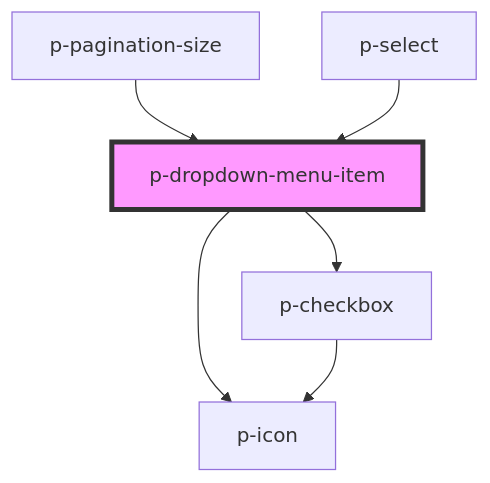
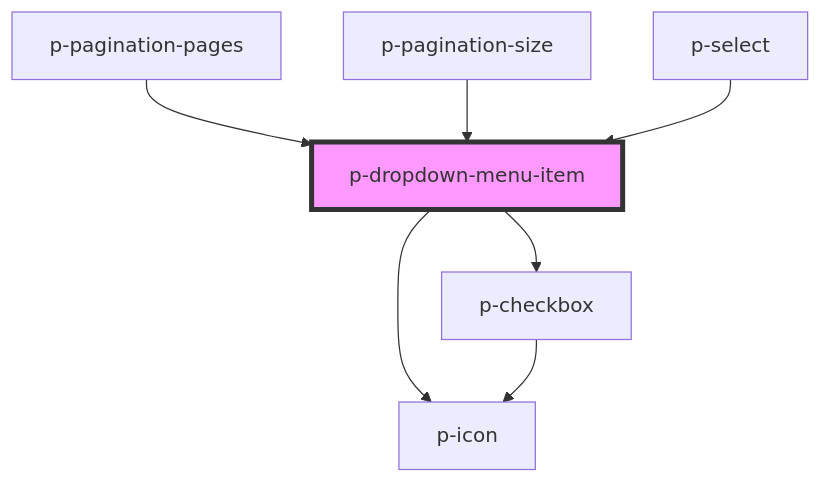
One commit to Employes/Paperless changed the diagram in packages/core/src/components/atoms/dropdown-menu/item/readme.md. Above: the diagram before and after it, drawn with Mermaid. The commit also changed other lines of this file and 4 other files, not shown here.

Commit message:
feat(atoms/dropdown-menu/item): Add pagination variant

````diff
--- a/packages/core/src/components/atoms/dropdown-menu/item/readme.md
+++ b/packages/core/src/components/atoms/dropdown-menu/item/readme.md
@@ -37,9 +38,10 @@
 ```mermaid
 graph TD;
   p-dropdown-menu-item --> p-icon
   p-dropdown-menu-item --> p-checkbox
   p-checkbox --> p-icon
+  p-pagination-pages --> p-dropdown-menu-item
   p-pagination-size --> p-dropdown-menu-item
   p-select --> p-dropdown-menu-item
   style p-dropdown-menu-item fill:#f9f,stroke:#333,stroke-width:4px
 ```
````
